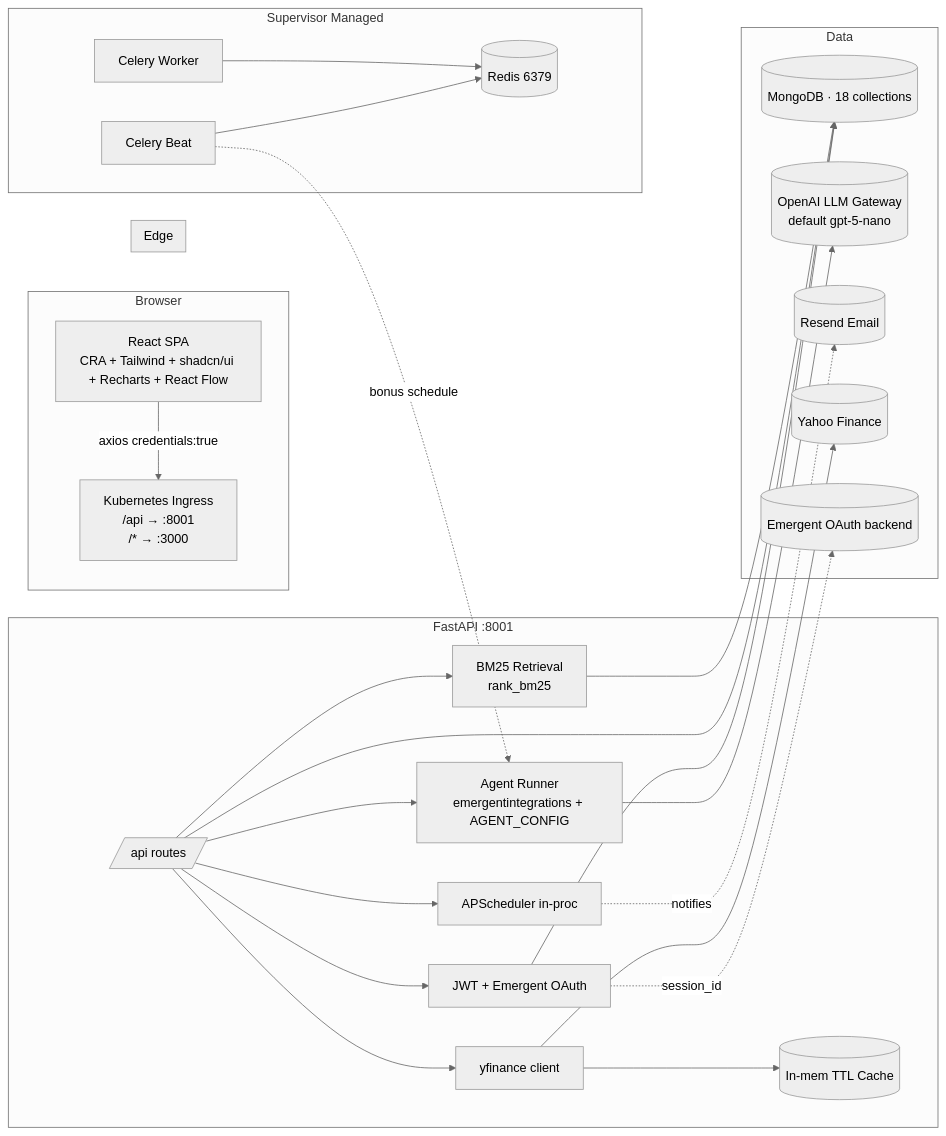
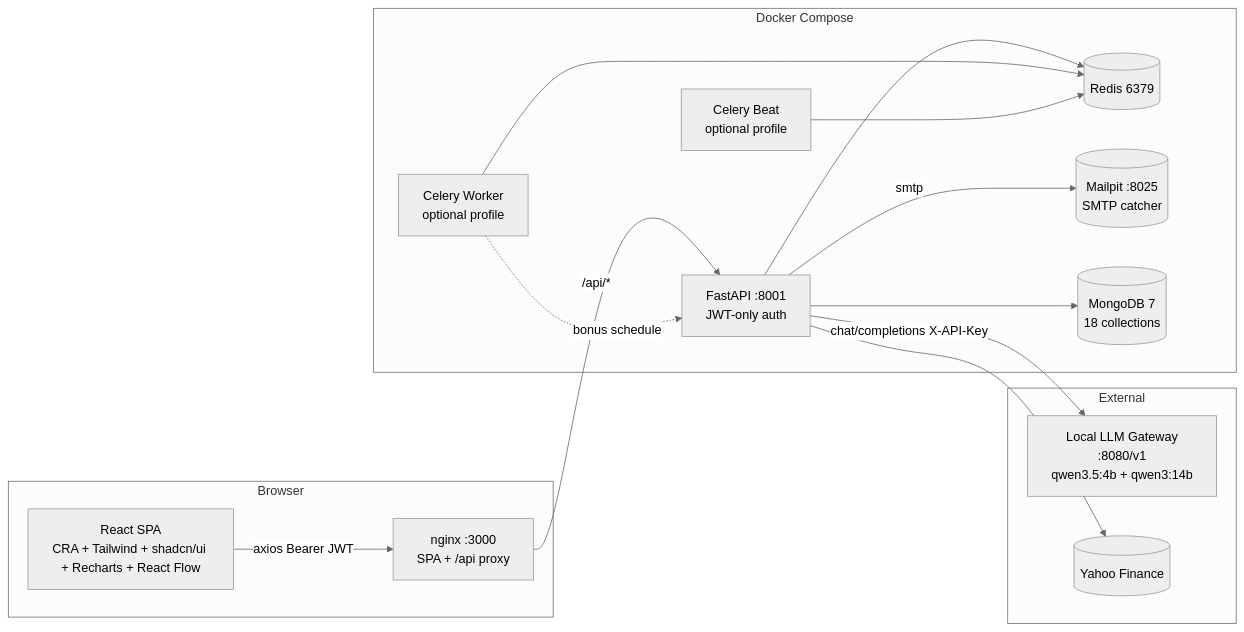
The first of 8 diagrams in TECHNICAL_GUIDE.md (Asethi984/IntelligenceOS), drawn with Mermaid (neutral theme) before and after one commit. The commit also changed other lines of this file and 19 other files, not shown here.

First line of the commit message:
feat(infra): migrate to self-hosted Docker Compose architecture

````diff
--- a/TECHNICAL_GUIDE.md
+++ b/TECHNICAL_GUIDE.md
@@ -40,52 +40,32 @@
 ```mermaid
 flowchart LR
   subgraph Browser
     UI[React SPA<br/>CRA + Tailwind + shadcn/ui + Recharts + React Flow]
-    UI -->|axios credentials:true| GW
+    UI -->|axios Bearer JWT| NGINX
   end
 
-  subgraph Edge
-    GW[Kubernetes Ingress<br/>/api → :8001<br/>/* → :3000]
+  subgraph Docker[Docker Compose]
+    NGINX[nginx :3000<br/>SPA + /api proxy]
+    BE[FastAPI :8001<br/>JWT-only auth]
+    REDIS[(Redis 6379)]
+    MAILPIT[(Mailpit :8025<br/>SMTP catcher)]
+    MDB[(MongoDB 7<br/>18 collections)]
+    CW[Celery Worker<br/>optional profile]
+    CB[Celery Beat<br/>optional profile]
   end
 
-  subgraph Backend[FastAPI :8001]
-    RT[/api routes/]
-    AUTH[JWT + Emergent OAuth]
-    AGENTS[Agent Runner<br/>emergentintegrations + AGENT_CONFIG]
-    RAG[BM25 Retrieval<br/>rank_bm25]
-    SCHED[APScheduler in-proc]
-    CACHE[(In-mem TTL Cache)]
-    YF[yfinance client]
+  subgraph External
+    GW[Local LLM Gateway<br/>:8080/v1<br/>qwen3.5:4b + qwen3:14b]
+    YFAPI[(Yahoo Finance)]
   end
 
-  subgraph Workers[Supervisor Managed]
-    REDIS[(Redis 6379)]
-    CW[Celery Worker]
-    CB[Celery Beat]
-  end
-
-  subgraph Data
-    MDB[(MongoDB · 18 collections)]
-    LLM[(OpenAI LLM Gateway<br/>default gpt-5-nano)]
-    RESEND[(Resend Email)]
-    YFAPI[(Yahoo Finance)]
-    EMERGENT[(Emergent OAuth backend)]
-  end
-
-  RT --> AUTH
-  RT --> AGENTS
-  RT --> RAG
-  RT --> YF
-  RT --> SCHED
-  AGENTS --> LLM
-  YF --> YFAPI
-  YF --> CACHE
-  AUTH --> MDB
-  RT --> MDB
-  RAG --> MDB
-  AUTH -.session_id.-> EMERGENT
-  SCHED -.notifies.-> RESEND
+  NGINX -->|/api/*| BE
+  BE --> MDB
+  BE --> REDIS
+  BE -->|chat/completions X-API-Key| GW
+  BE -->|smtp| MAILPIT
+  BE --> YFAPI
+  CW --> REDIS
   CB --> REDIS
-  CW --> REDIS
-  CB -.bonus schedule.-> AGENTS
+  CW -.bonus schedule.-> BE
 ```
````
